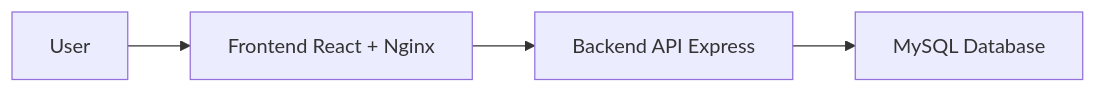
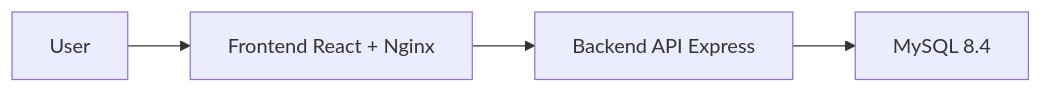
One commit to dpt004/DevOps changed the second of 2 diagrams in README.md. Above: the diagram before and after it, drawn with Mermaid. The commit also changed other lines of this file and 5 other files, not shown here.

````diff
--- a/README.md
+++ b/README.md
@@ -57,6 +65,6 @@
 ```mermaid
 flowchart LR
-  U["User"] --> F["Frontend React + Nginx"]
-  F --> B["Backend API Express"]
-  B --> D["MySQL Database"]
+  User["User"] --> Frontend["Frontend React + Nginx"]
+  Frontend --> Backend["Backend API Express"]
+  Backend --> MySQL["MySQL 8.4"]
 ```
````
